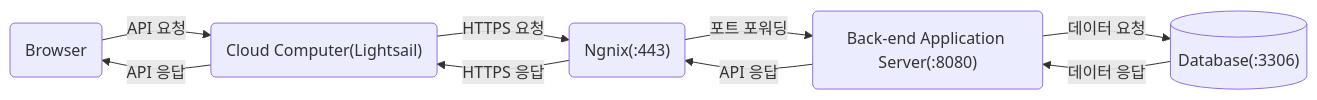
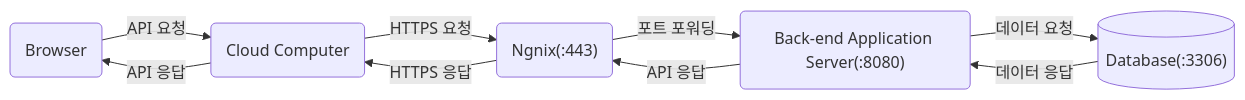
Before and after one commit to RHUK2/blog: the second of 2 diagrams in public/markdown/browser_note/index.md, drawn with Mermaid. The commit also changed other lines of this file and 6 other files, not shown here.

````diff
--- a/public/markdown/browser_note/index.md
+++ b/public/markdown/browser_note/index.md
@@ -50,10 +50,10 @@
 ```mermaid
 flowchart LR
     A("Browser")
-    B("Cloud Computer(Lightsail)")
+    B("Cloud Computer")
     C("Ngnix(:443)")
     D("Back-end Application Server(:8080)")
     E[("Database(:3306)")]
     A --> |API 요청| B --> |HTTPS 요청| C --> |포트 포워딩| D --> |데이터 요청| E
     E --> |데이터 응답| D --> |API 응답| C --> |HTTPS 응답| B --> |API 응답| A
 ```
````
